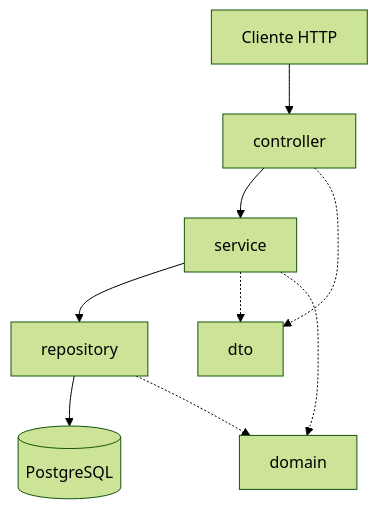
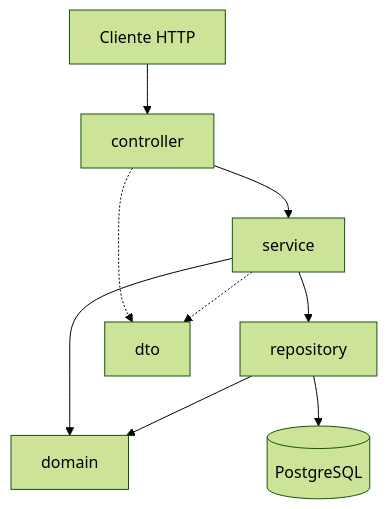
Before and after one commit to marianapizarro39/entrenamiento-java: the diagram in docs/architecture/index.md, drawn with Mermaid (forest theme). The commit also changed other lines of this file and 1 other file, not shown here.

Commit message:
docs(architecture): aclarar que el repository solo depende del domain

````diff
--- a/docs/architecture/index.md
+++ b/docs/architecture/index.md
@@ -9,11 +9,11 @@
 ```mermaid
 flowchart TD
     cliente[Cliente HTTP] --> controller
     controller --> service
     service --> repository
+    service --> domain
+    repository --> domain
     repository --> bd[(PostgreSQL)]
     controller -.-> dto
     service -.-> dto
-    service -.-> domain
-    repository -.-> domain
 ```
````
